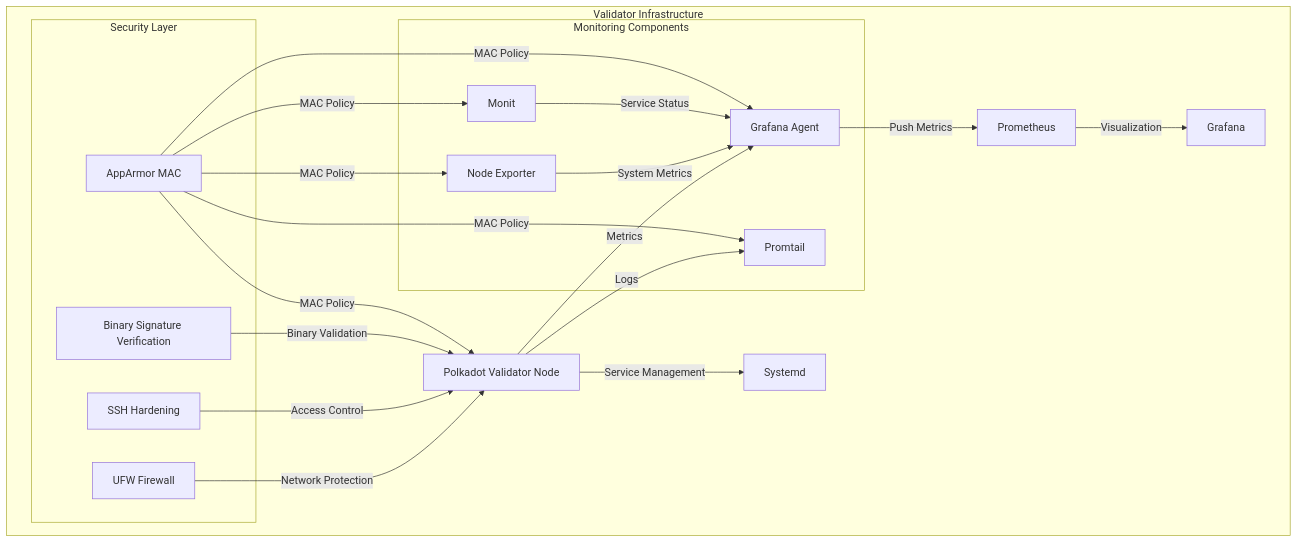
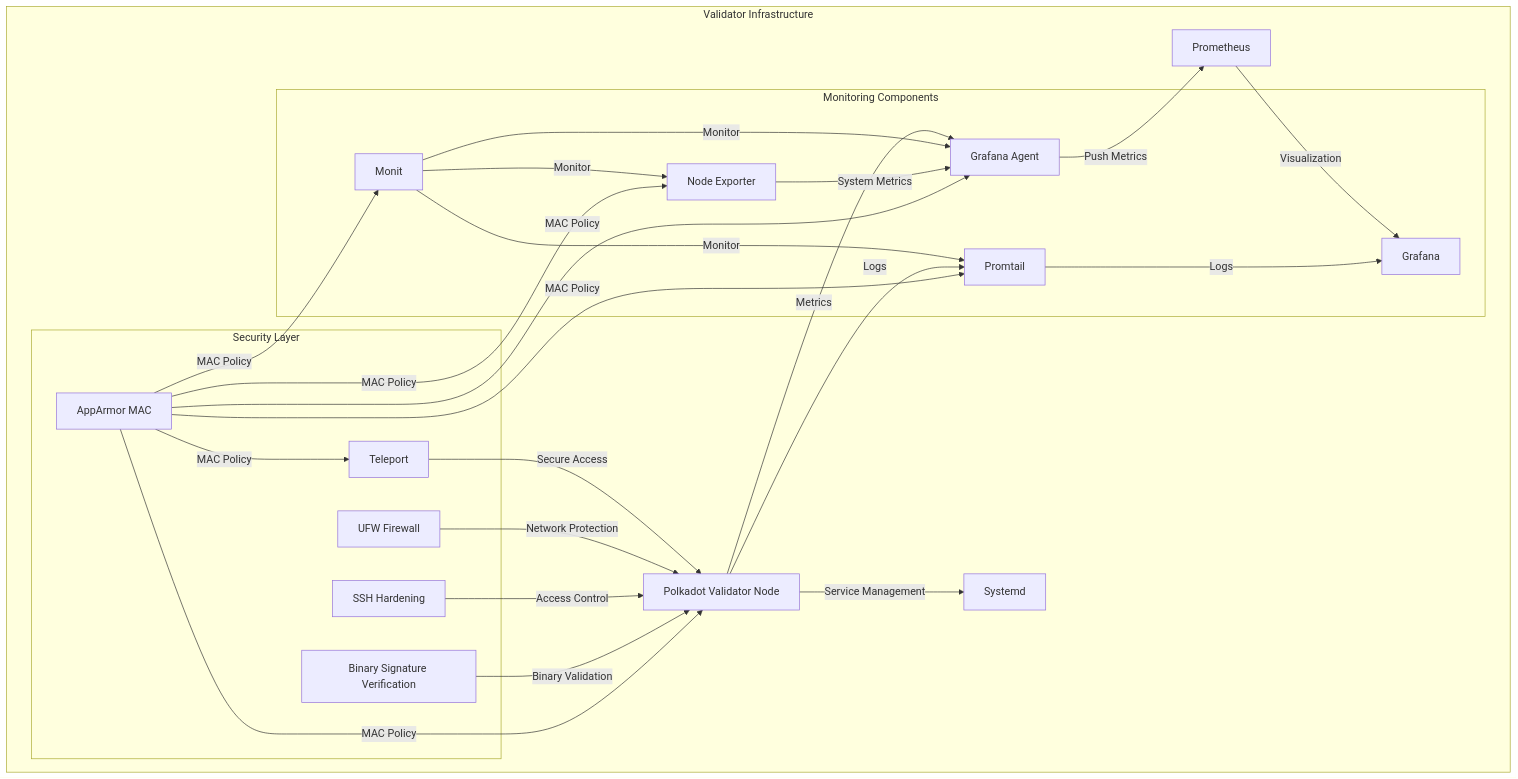
One commit to pampatzoglou/provision-validators changed the first of 2 diagrams in README.md. Above: the diagram before and after it, drawn with Mermaid. The commit also changed other lines of this file and 2 other files, not shown here.

````diff
--- a/README.md
+++ b/README.md
@@ -24,36 +24,40 @@
 ```mermaid
 graph TD
     subgraph Validator Infrastructure
         A[Polkadot Validator Node] --> |Metrics| B[Grafana Agent]
         B --> |Push Metrics| C[Prometheus]
         C --> |Visualization| D[Grafana]
         
         subgraph Security Layer
             G[UFW Firewall]
             H[SSH Hardening]
             I[Binary Signature Verification]
             J[AppArmor MAC]
+            T[Teleport]
         end
 
         subgraph Monitoring Components
             B
             K[Node Exporter]
-            L[Promtail]
-            M[Monit]
+            L[Promtail] --> |Logs| D[Grafana]
+            M[Monit] --> |Monitor| B
+            M --> |Monitor| K
+            M --> |Monitor| L
         end
 
         A --> |Logs| L
         K --> |System Metrics| B
-        M --> |Service Status| B
         A --> |Service Management| N[Systemd]
+        T --> |Secure Access| A
     end
 
     G --> |Network Protection| A
     H --> |Access Control| A
     I --> |Binary Validation| A
     J --> |MAC Policy| A
     J --> |MAC Policy| B
     J --> |MAC Policy| K
     J --> |MAC Policy| L
     J --> |MAC Policy| M
+    J --> |MAC Policy| T
 ```
````
